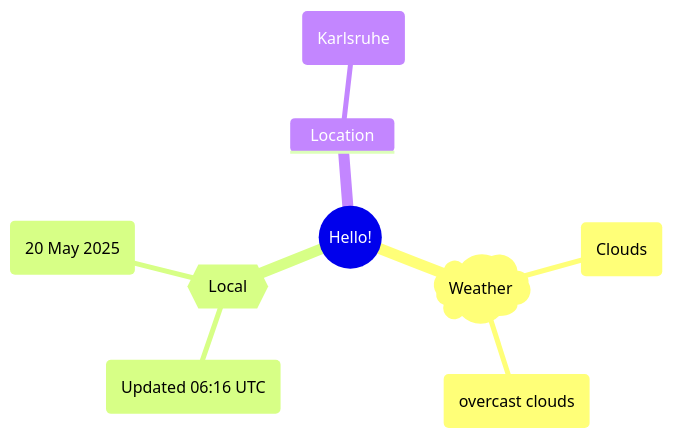
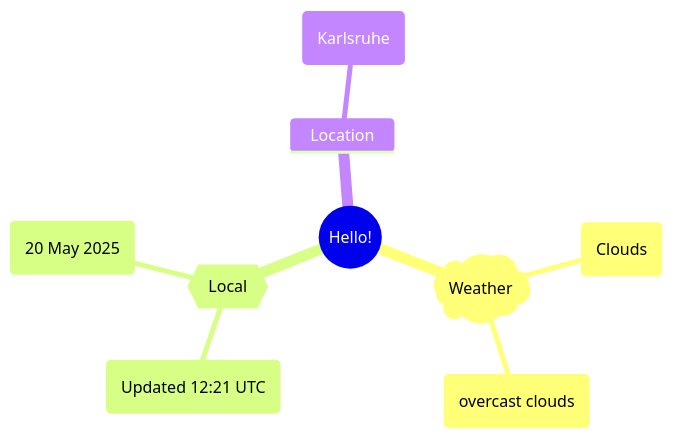
Before and after one commit to Xosrov/Xosrov: the first of 2 diagrams in README.md, drawn with Mermaid.

Commit message:
[bot] updated images

````diff
--- a/README.md
+++ b/README.md
@@ -3,12 +3,12 @@
 ```mermaid
 mindmap
   root((Hello!))
     )Weather(
         (Clouds)
         (overcast clouds)
     {{Local}}
-        (Updated 06:16 UTC)
+        (Updated 12:21 UTC)
         (20 May 2025)
     Location
         (Karlsruhe)
 ```
````
